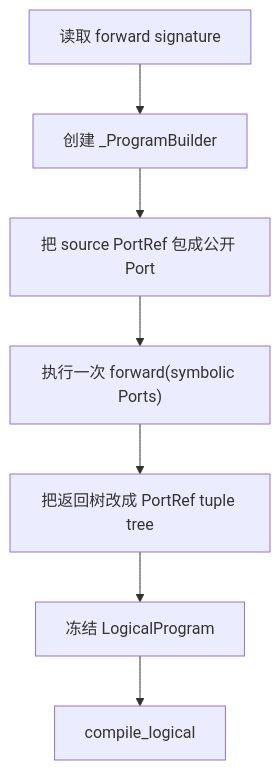
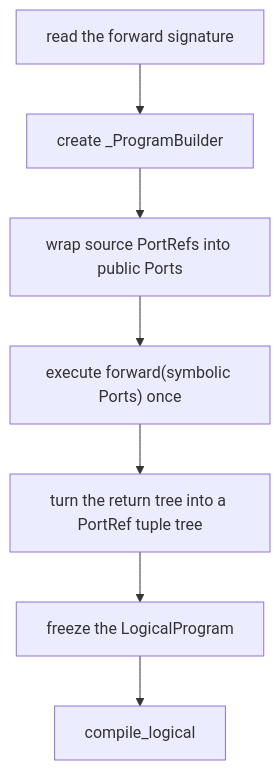
The second of 2 diagrams in docs/multigrain_v3_6_walkthrough/01_authoring_api.md (OpenDCAI/RayOrch), drawn with Mermaid before and after one commit. The commit also changed other lines of this file and 31 other files, not shown here.

Commit message:
docs(v3.6): publish bilingual architecture guides

````diff
--- a/docs/multigrain_v3_6_walkthrough/01_authoring_api.md
+++ b/docs/multigrain_v3_6_walkthrough/01_authoring_api.md
@@ -170,12 +227,12 @@
 ```mermaid
 flowchart TD
-    Signature["读取 forward signature"]
-    Builder["创建 _ProgramBuilder"]
-    Sources["把 source PortRef 包成公开 Port"]
-    Trace["执行一次 forward(symbolic Ports)"]
-    Normalize["把返回树改成 PortRef tuple tree"]
-    Build["冻结 LogicalProgram"]
+    Signature["read the forward signature"]
+    Builder["create _ProgramBuilder"]
+    Sources["wrap source PortRefs into public Ports"]
+    Trace["execute forward(symbolic Ports) once"]
+    Normalize["turn the return tree into a PortRef tuple tree"]
+    Build["freeze the LogicalProgram"]
     Compile["compile_logical"]
 
     Signature --> Builder --> Sources --> Trace --> Normalize --> Build --> Compile
 ```
````
